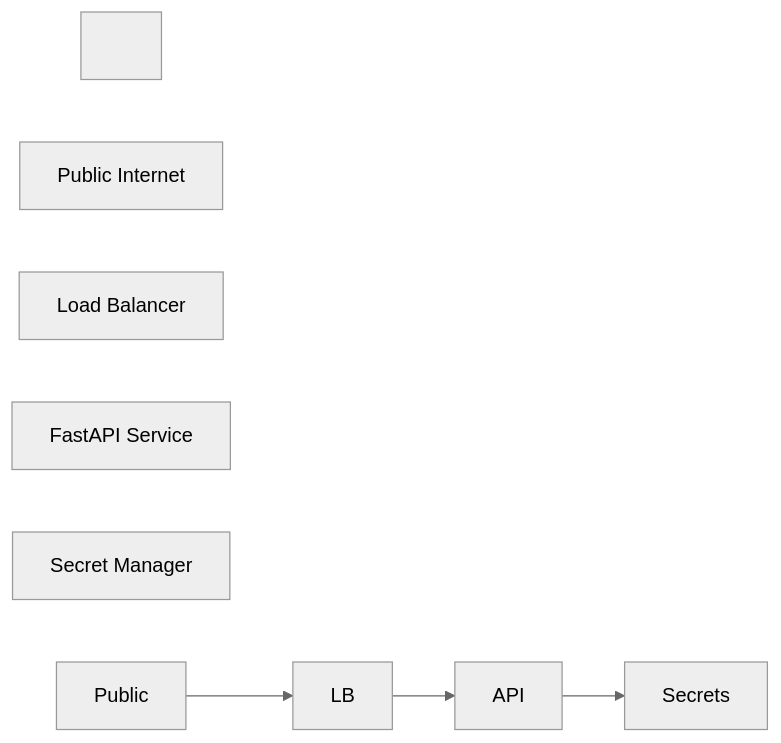
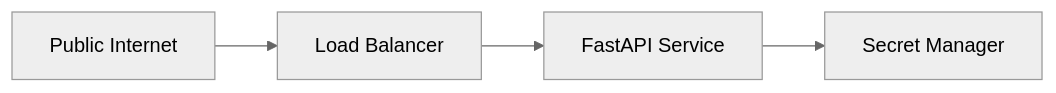
Diagram 13 of 13 in docs/diagram.md (ethan-tran-mfv/aiagt-precision-triage), drawn with Mermaid (neutral theme) before and after one commit. The commit also changed other lines of this file and 19 other files, not shown here.

````diff
--- a/docs/diagram.md
+++ b/docs/diagram.md
@@ -937,21 +506,11 @@
 ```mermaid
+flowchart LR
+    Public[Public Internet]
+    LB[Load Balancer]
+    API[FastAPI Service]
+    Secrets[Secret Manager]
 
-flowchart LR
-
-&nbsp;   Public\[Public Internet]
-
-&nbsp;   LB\[Load Balancer]
-
-&nbsp;   API\[FastAPI Service]
-
-&nbsp;   Secrets\[Secret Manager]
-
-
-
-&nbsp;   Public --> LB
-
-&nbsp;   LB --> API
-
-&nbsp;   API --> Secrets
-
+    Public --> LB
+    LB --> API
+    API --> Secrets
 ```
````
